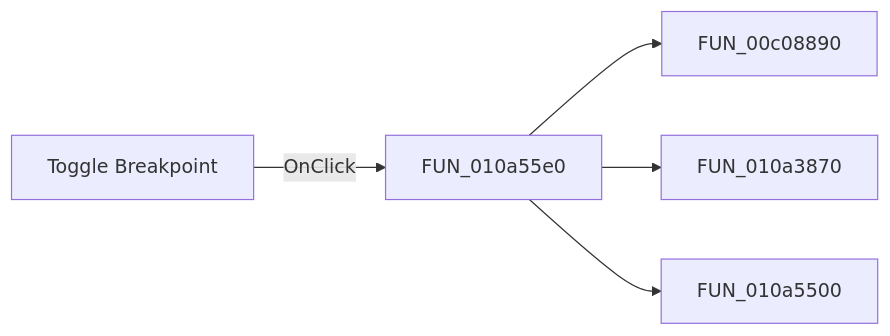
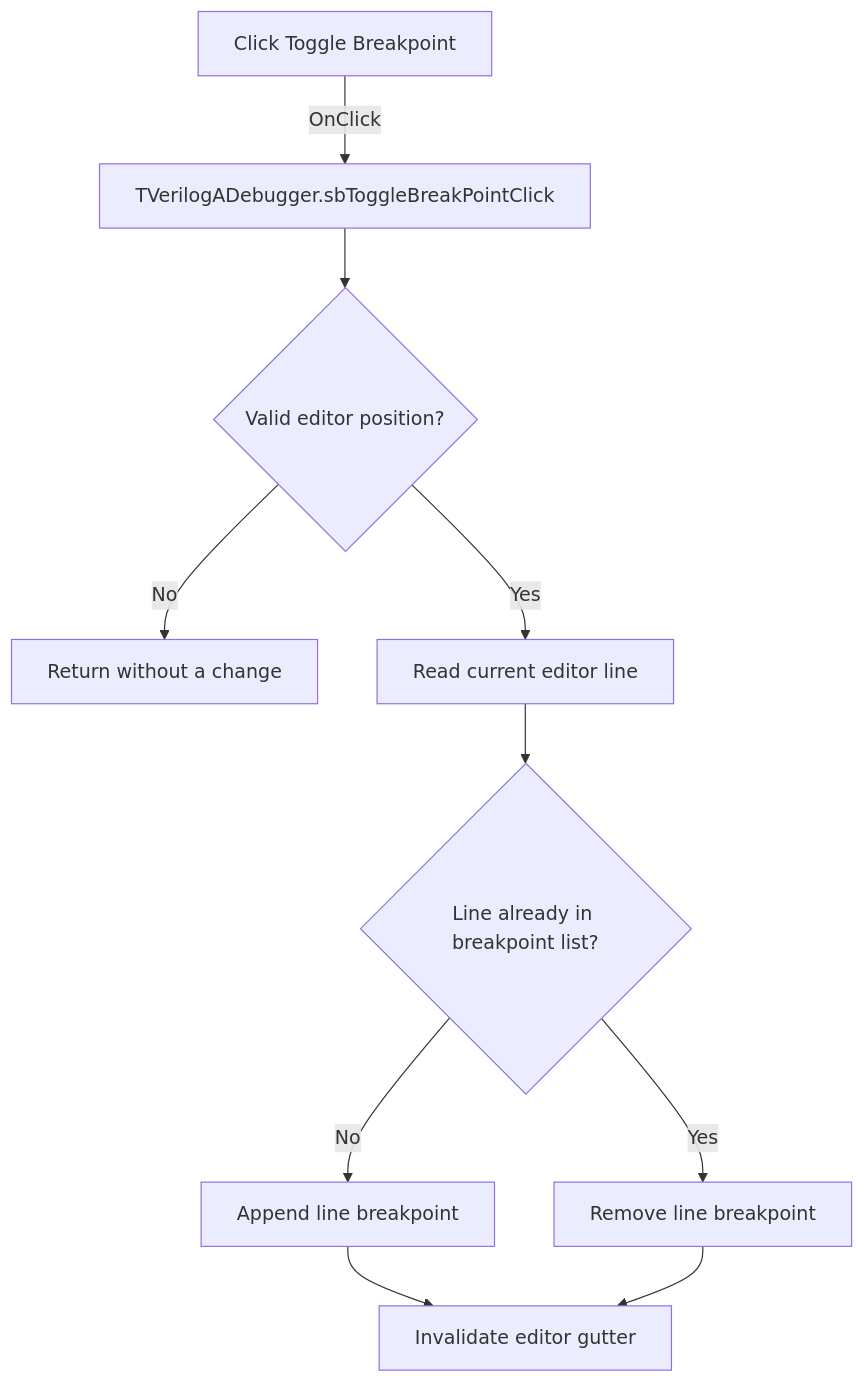
The diagram in docs/ui-controls/verilogadebugger/sbtogglebreakpoint-43b0997c87.md (MovGP0/TIARA), drawn with Mermaid before and after one commit. The commit also changed other lines of this file and 387 other files, not shown here.

````diff
--- a/docs/ui-controls/verilogadebugger/sbtogglebreakpoint-43b0997c87.md
+++ b/docs/ui-controls/verilogadebugger/sbtogglebreakpoint-43b0997c87.md
@@ -27,7 +29,12 @@
 ```mermaid
-flowchart LR
-    control["Toggle Breakpoint"] -->|OnClick| handler["FUN_010a55e0"]
-    handler --> call1["FUN_00c08890"]
-    handler --> call2["FUN_010a3870"]
-    handler --> call3["FUN_010a5500"]
+flowchart TD
+    control["Click Toggle Breakpoint"] -->|"OnClick"| handler["TVerilogADebugger.sbToggleBreakPointClick"]
+    handler --> valid{"Valid editor position?"}
+    valid -->|"No"| unchanged["Return without a change"]
+    valid -->|"Yes"| line["Read current editor line"]
+    line --> present{"Line already in breakpoint list?"}
+    present -->|"No"| add["Append line breakpoint"]
+    present -->|"Yes"| remove["Remove line breakpoint"]
+    add --> redraw["Invalidate editor gutter"]
+    remove --> redraw
 ```
````
